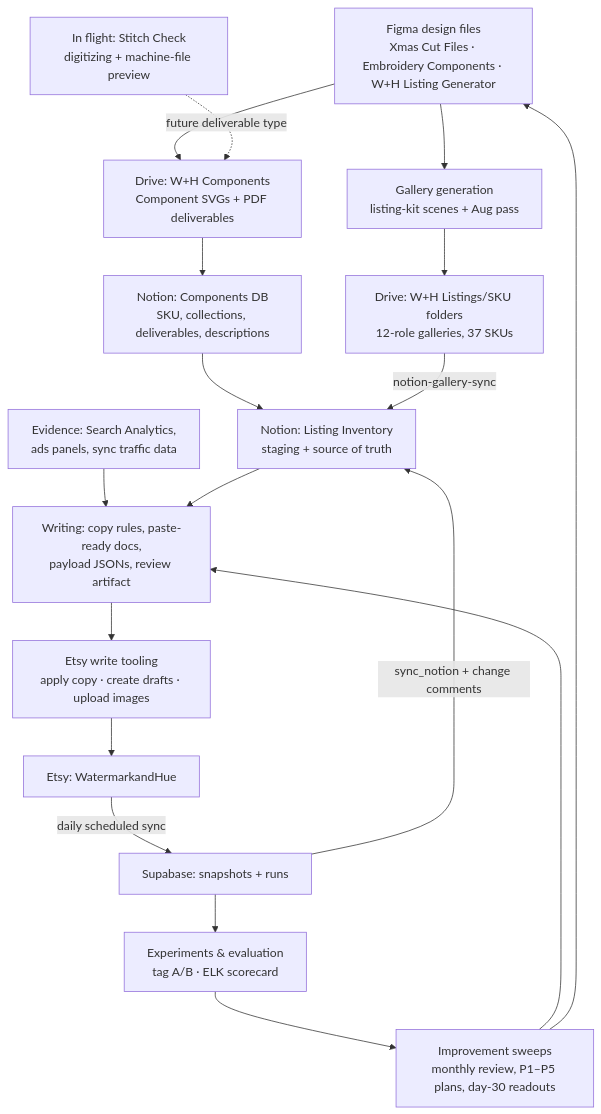
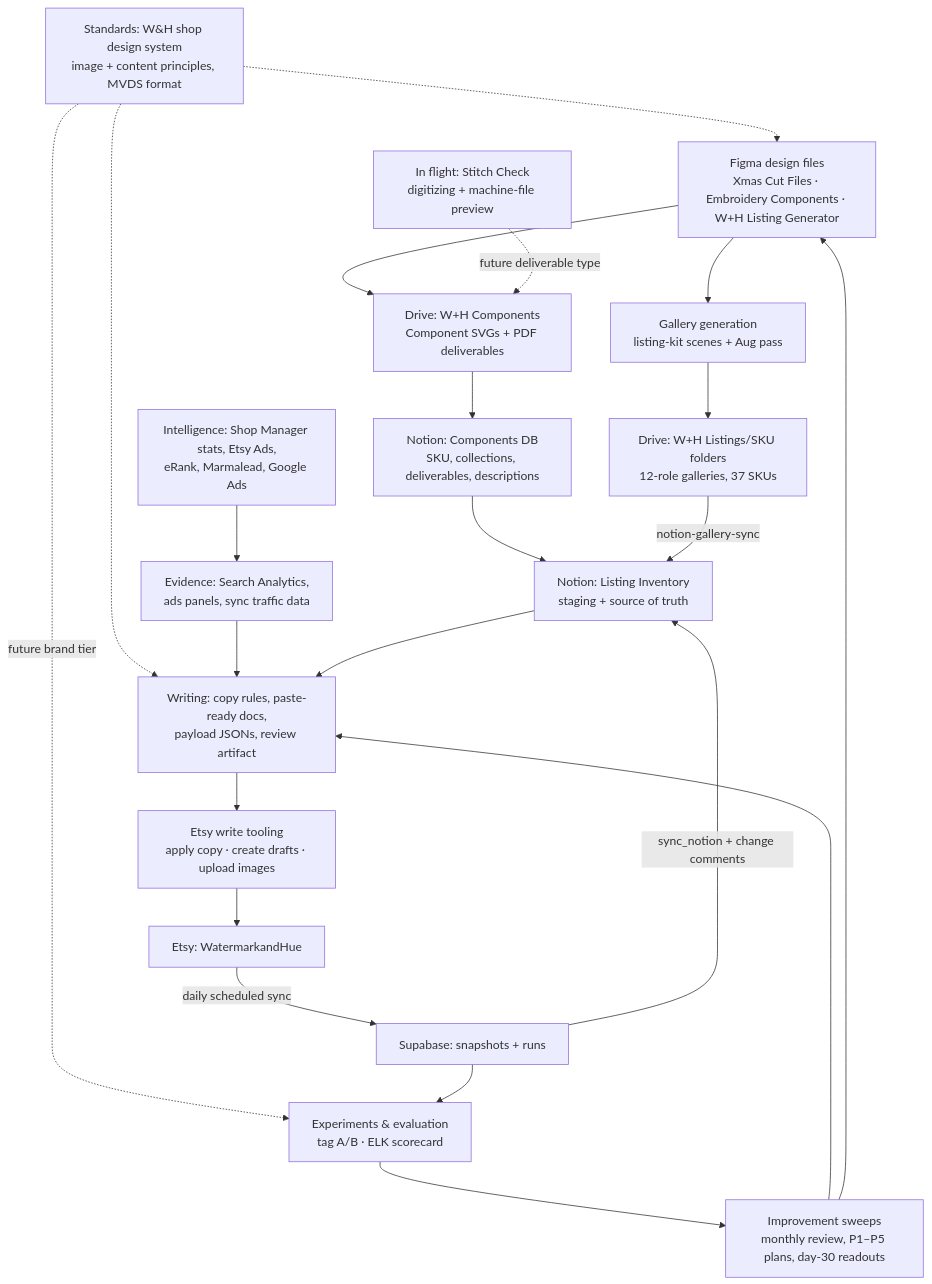
One commit to beckharrisdesign/experiment-hub changed the diagram in docs/ETSY_ECOSYSTEM_MAP_2026-09.md. Above: the diagram before and after it, drawn with Mermaid. The commit also changed other lines of this file, not shown here.

First line of the commit message:
docs(etsy): ecosystem map gains standards and intelligence layers

````diff
--- a/docs/ETSY_ECOSYSTEM_MAP_2026-09.md
+++ b/docs/ETSY_ECOSYSTEM_MAP_2026-09.md
@@ -5,20 +5,24 @@
 ```mermaid
 flowchart TD
     F[Figma design files<br/>Xmas Cut Files · Embroidery Components · W+H Listing Generator] --> D[Drive: W+H Components<br/>Component SVGs + PDF deliverables]
     F --> G[Gallery generation<br/>listing-kit scenes + Aug pass]
     D --> CR[Notion: Components DB<br/>SKU, collections, deliverables, descriptions]
     G --> GF[Drive: W+H Listings/SKU folders<br/>12-role galleries, 37 SKUs]
     CR --> LI[Notion: Listing Inventory<br/>staging + source of truth]
     GF -->|notion-gallery-sync| LI
+    DS[Standards: W&H shop design system<br/>image + content principles, MVDS format] -.-> F
+    DS -.-> W
+    DS -.->|future brand tier| X
+    INT[Intelligence: Shop Manager stats, Etsy Ads,<br/>eRank, Marmalead, Google Ads] --> EV
     EV[Evidence: Search Analytics,<br/>ads panels, sync traffic data] --> W[Writing: copy rules, paste-ready docs,<br/>payload JSONs, review artifact]
     LI --> W
     W --> ET[Etsy write tooling<br/>apply copy · create drafts · upload images]
     ET --> E[Etsy: WatermarkandHue]
     E -->|daily scheduled sync| S[Supabase: snapshots + runs]
     S -->|sync_notion + change comments| LI
     S --> X[Experiments & evaluation<br/>tag A/B · ELK scorecard]
     X --> SW[Improvement sweeps<br/>monthly review, P1–P5 plans, day-30 readouts]
     SW --> W
     SW --> F
     ST[In flight: Stitch Check<br/>digitizing + machine-file preview] -.->|future deliverable type| D
 ```
````
